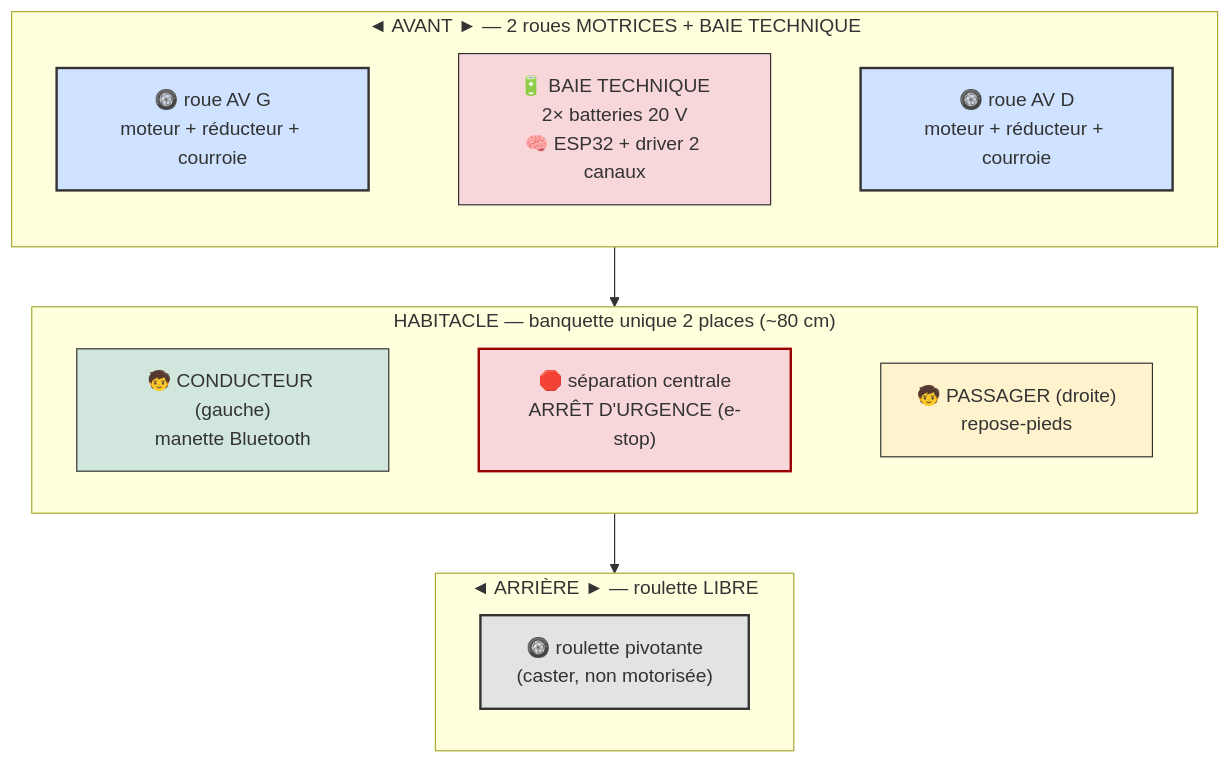
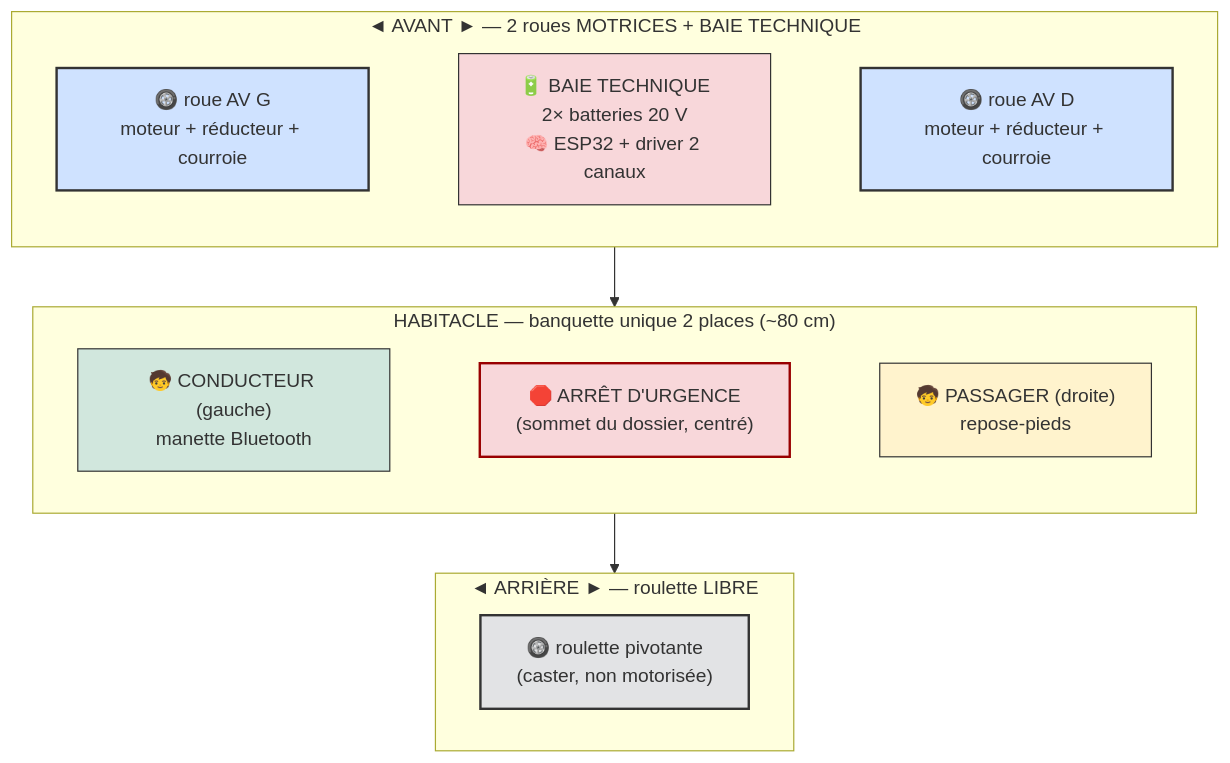
The first of 10 diagrams in README.md (pinkymaxou/powered-soapbox-car), drawn with Mermaid before and after one commit. The commit also changed other lines of this file and 2 other files, not shown here.

````diff
--- a/README.md
+++ b/README.md
@@ -31,35 +31,35 @@
 ```mermaid
 flowchart TB
     subgraph AV["◄ AVANT ► — 2 roues MOTRICES + BAIE TECHNIQUE"]
         direction LR
         AVG["🛞 roue AV G<br/>moteur + réducteur + courroie"]
         BAY["🔋 BAIE TECHNIQUE<br/>2× batteries 20 V<br/>🧠 ESP32 + driver 2 canaux"]
         AVD["🛞 roue AV D<br/>moteur + réducteur + courroie"]
         AVG ~~~ BAY ~~~ AVD
     end
     subgraph CAB["HABITACLE — banquette unique 2 places (~80 cm)"]
         direction LR
         COND["🧒 CONDUCTEUR (gauche)<br/>manette Bluetooth"]
-        SEP["🛑 séparation centrale<br/>ARRÊT D'URGENCE (e-stop)"]
+        SEP["🛑 ARRÊT D'URGENCE<br/>(sommet du dossier, centré)"]
         PASS["🧒 PASSAGER (droite)<br/>repose-pieds"]
         COND ~~~ SEP ~~~ PASS
     end
     subgraph AR["◄ ARRIÈRE ► — roulette LIBRE"]
         direction LR
         ARC["🛞 roulette pivotante<br/>(caster, non motorisée)"]
     end
     AV --> CAB --> AR
 
     classDef wheel fill:#cfe2ff,stroke:#333,stroke-width:2px;
     classDef caster fill:#e2e3e5,stroke:#333,stroke-width:2px;
     classDef drv fill:#d1e7dd,stroke:#333;
     classDef pas fill:#fff3cd,stroke:#333;
     classDef elec fill:#f8d7da,stroke:#333;
     classDef estop fill:#f8d7da,stroke:#900,stroke-width:2px;
     class AVG,AVD wheel;
     class ARC caster;
     class COND drv;
     class PASS pas;
     class BAY elec;
     class SEP estop;
 ```
````
